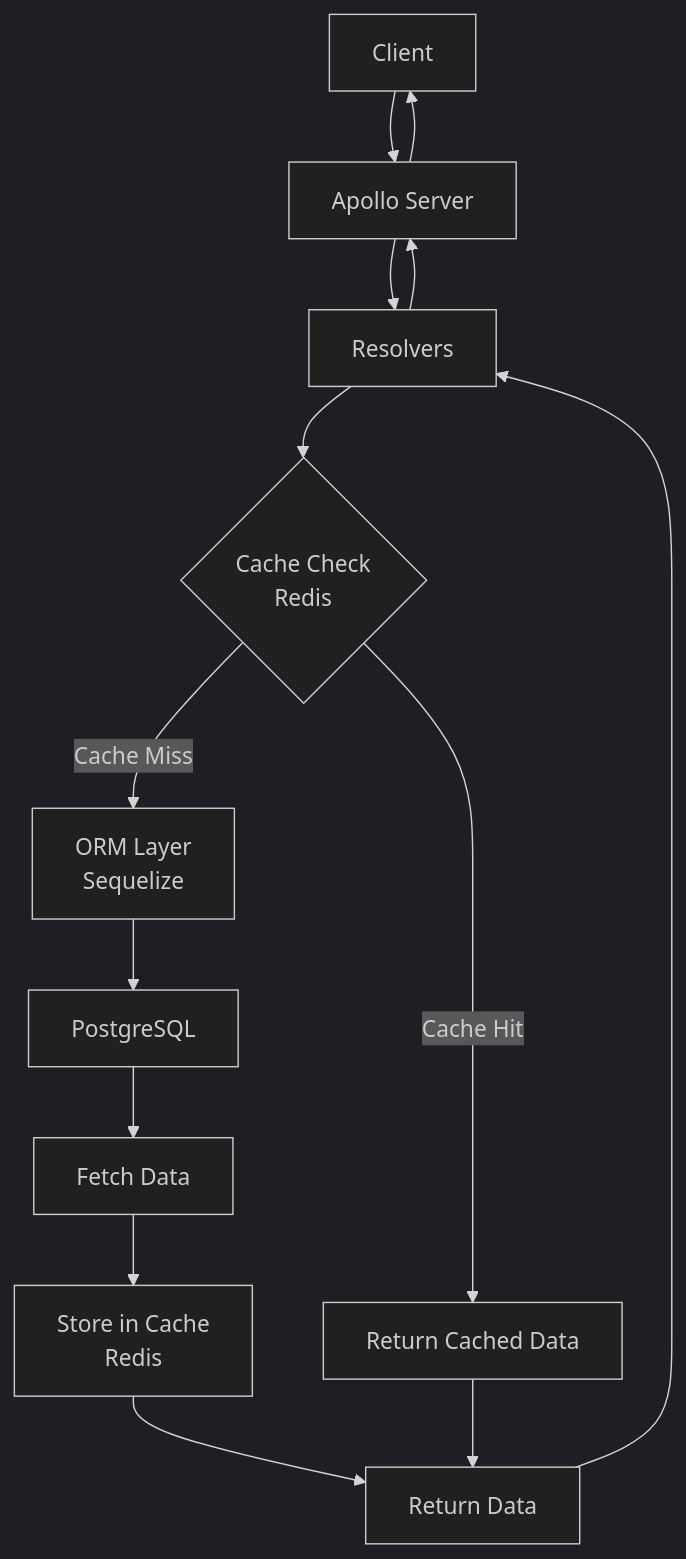
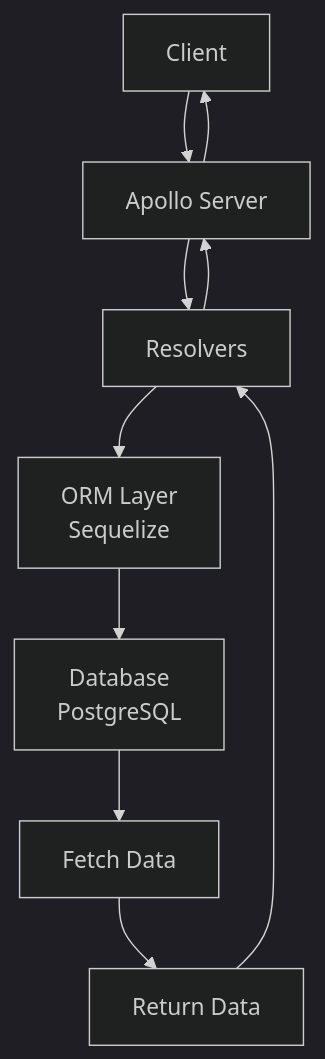
Before and after one commit to VilleJuhan1/Fullstack-websovelluskehitys-osa14-projekti: the diagram in App/backend/readme.md, drawn with Mermaid (dark theme). The commit also changed other lines of this file and 19 other files, not shown here.

````diff
--- a/App/backend/readme.md
+++ b/App/backend/readme.md
@@ -71,16 +71,12 @@
 ```mermaid
 graph TD
     A[Client] --> B[Apollo Server]
     B --> C[Resolvers]
-    C --> D{Cache Check<br/>Redis}
-    D -->|Cache Hit| E[Return Cached Data]
-    D -->|Cache Miss| F[ORM Layer<br/>Sequelize]
-    F --> G[PostgreSQL]
-    G --> H[Fetch Data]
-    H --> I[Store in Cache<br/>Redis]
-    I --> J[Return Data]
-    E --> J
-    J --> C
+    C --> D[ORM Layer<br/>Sequelize]
+    D --> E[Database<br/>PostgreSQL]
+    E --> F[Fetch Data]
+    F --> G[Return Data]
+    G --> C
     C --> B
     B --> A
 ```
````
